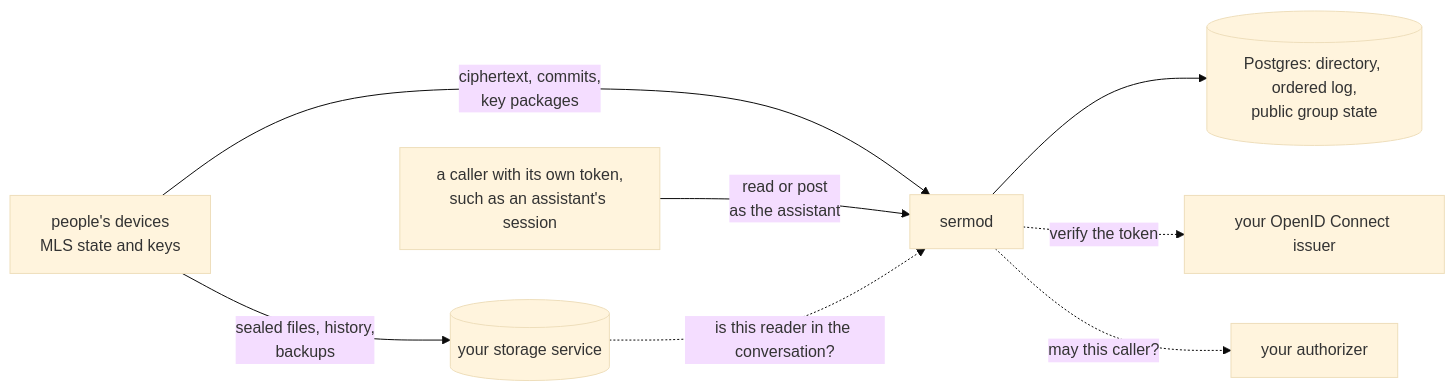
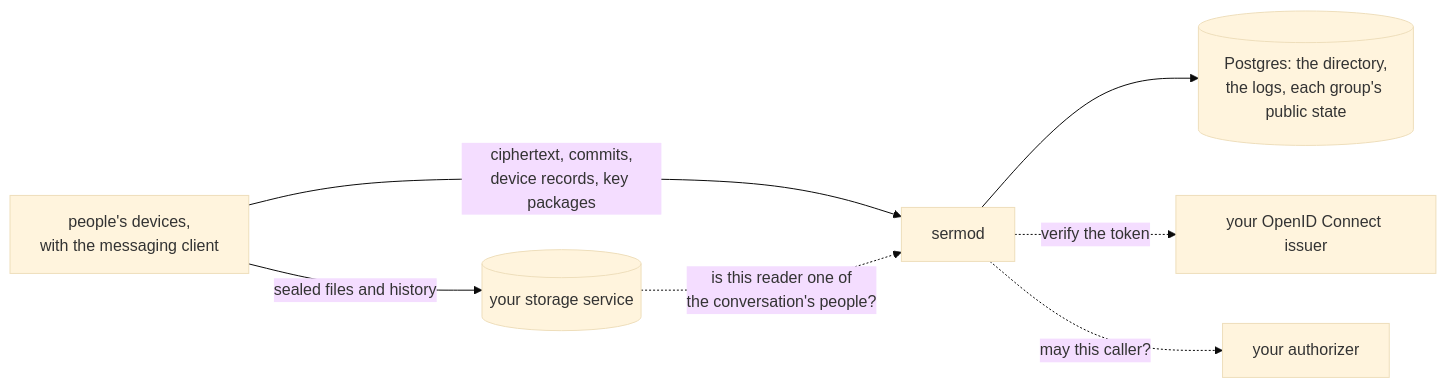
The diagram in README.md (latere-ai/sermo), drawn with Mermaid (base theme) before and after one commit. The commit also changed other lines of this file, not shown here.

````diff
--- a/README.md
+++ b/README.md
@@ -26,10 +82,9 @@
 ```mermaid
 flowchart LR
-  devices["people's devices<br/>MLS state and keys"] -->|"ciphertext, commits,<br/>key packages"| sermod
-  caller["a caller with its own token,<br/>such as an assistant's session"] -->|"read or post<br/>as the assistant"| sermod
-  sermod --> pg[("Postgres: directory, ordered log,<br/>public group state")]
-  devices -->|"sealed files, history,<br/>backups"| storage[("your storage service")]
-  storage -. "is this reader in the conversation?" .-> sermod
+  devices["people's devices,<br/>with the messaging client"] -->|"ciphertext, commits,<br/>device records, key packages"| sermod
+  sermod --> pg[("Postgres: the directory,<br/>the logs, each group's public state")]
+  devices -->|"sealed files and history"| storage[("your storage service")]
+  storage -. "is this reader one of<br/>the conversation's people?" .-> sermod
   sermod -. "verify the token" .-> issuer["your OpenID Connect issuer"]
   sermod -. "may this caller?" .-> authz["your authorizer"]
 ```
````
